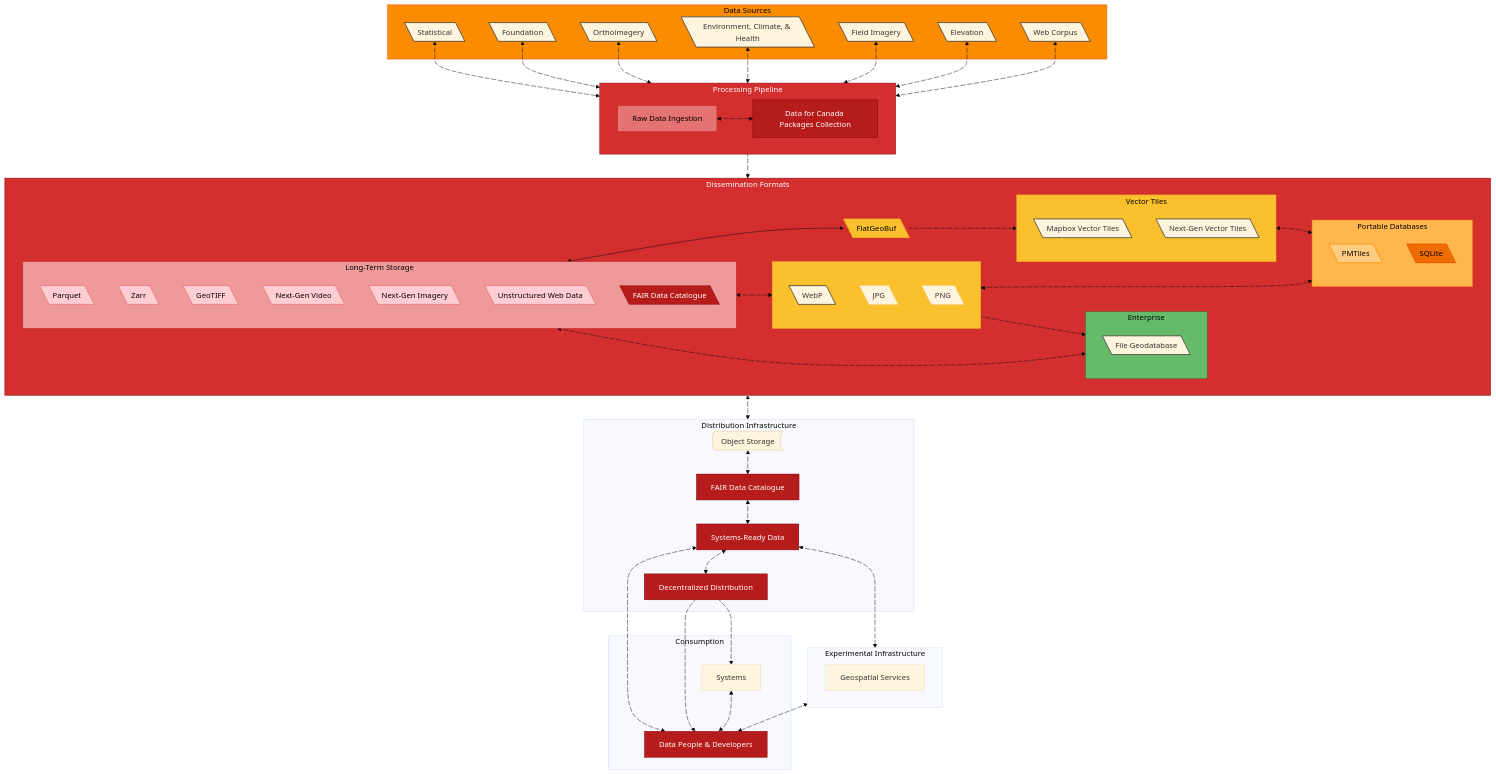
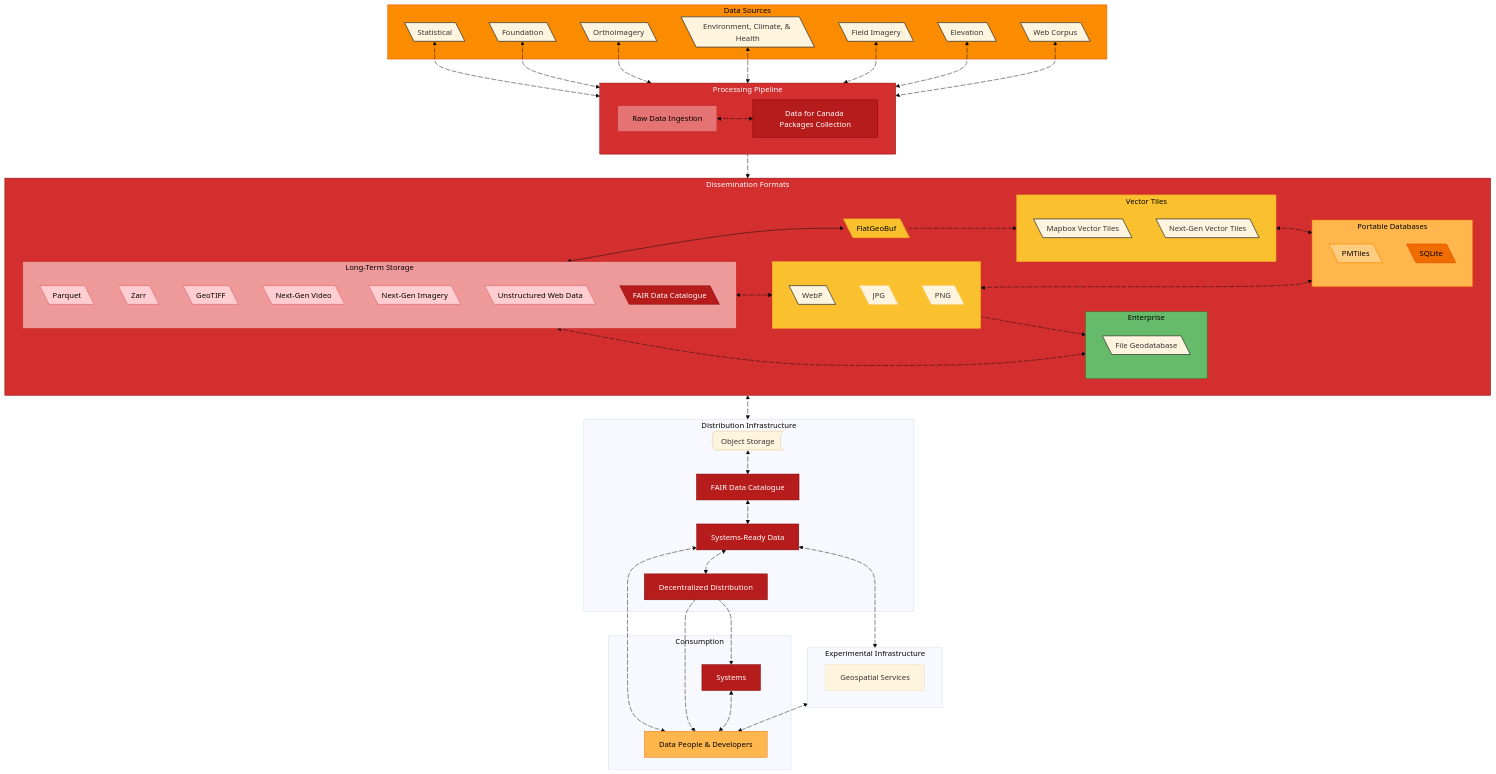
Before and after one commit to dataforcanada/www.dataforcanada.org: the diagram in content/_index.md, drawn with Mermaid (base theme).

Commit message:
Standardize color used with data dissemination strategy

```diff
--- a/content/_index.md
+++ b/content/_index.md
@@ -250,6 +250,7 @@
 style FAIRDataDis fill:#B71C1C,stroke:#7F0000,color:#FFFFFF
 style DecentralizedDistribution fill:#B71C1C,stroke:#7F0000,color:#FFFFFF
 style HTTP fill:#B71C1C,stroke:#7F0000,color:#FFFFFF
+style Systems fill:#B71C1C,stroke:#7F0000,color:#FFFFFF
 style Metadata fill:#B71C1C,stroke:#7F0000,color:#FFFFFF
 style Raw fill:#E57373,stroke:#C62828,color:#000000
 
@@ -275,7 +276,8 @@
 style visuals fill:#FBC02D,stroke:#F9A825,color:#000000
 
 style ent fill:#66BB6A,stroke:#2E7D32,color:#000000
-style DataSci fill:#B71C1C,stroke:#7F0000,color:#FFFFFF
+style DataSci fill:#FFB74D,stroke:#EF6C00,color:#000000
+
 
 class Foundation,Statistical,Orthoimagery,FieldImagery,EnvironmentClimate,Elevation,WebCorpus linkNode
 class Parquet,FlatGeoBuf,SQLite,FileGeodatabase,VectorTiles,NextGenVectorTiles,GeoTIFF,Zarr,WebP,PMTiles,JPEGXL,AV1,WARC linkNode
```
